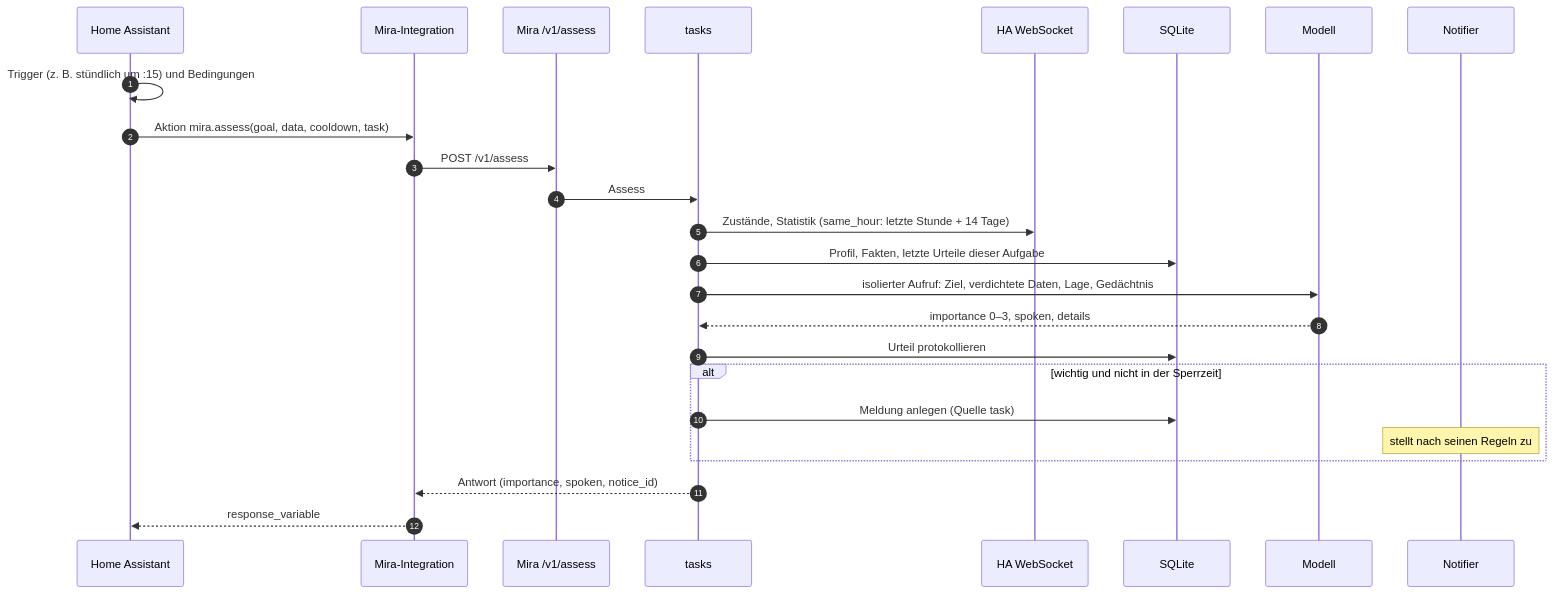
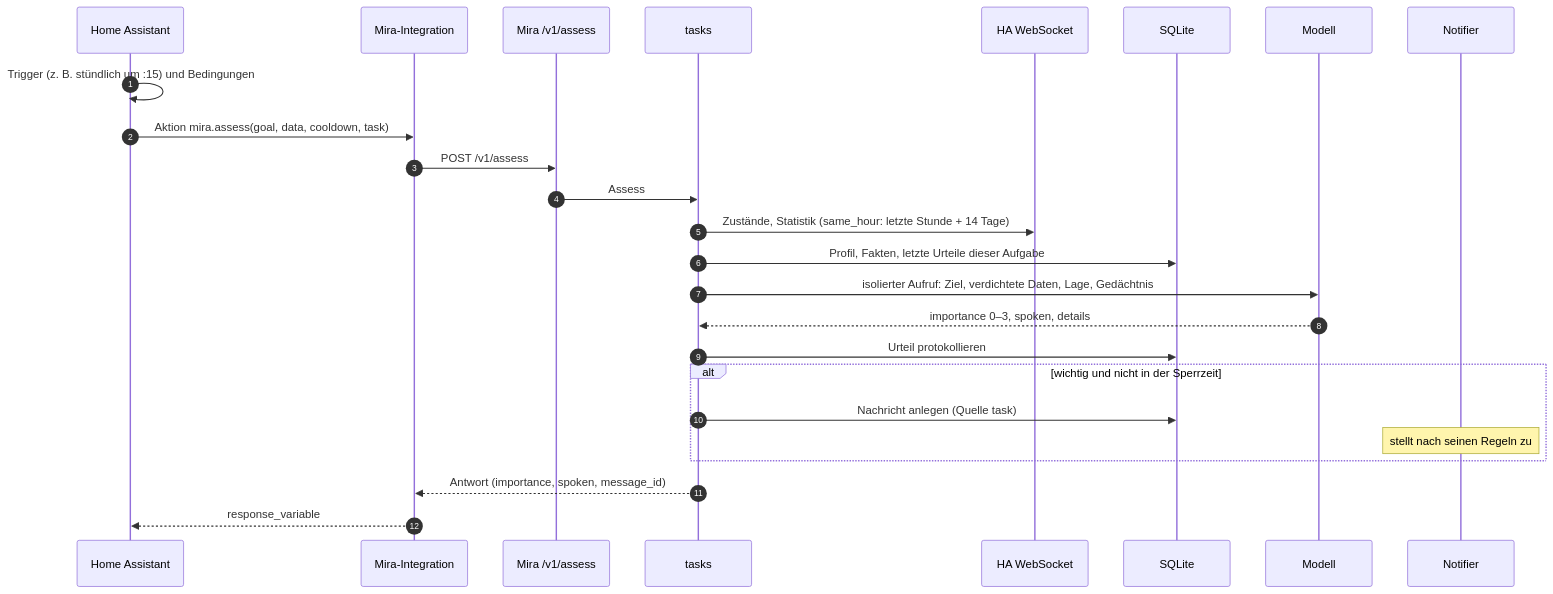
The fourth of 6 diagrams in docs/system.md (miraassist/mira), drawn with Mermaid before and after one commit. The commit also changed other lines of this file and 77 other files, not shown here.

````diff
--- a/docs/system.md
+++ b/docs/system.md
@@ -206,28 +206,28 @@
 ```mermaid
 sequenceDiagram
     autonumber
     participant HA as Home Assistant
     participant I as Mira-Integration
     participant A as Mira /v1/assess
     participant T as tasks
     participant WS as HA WebSocket
     participant DB as SQLite
     participant M as Modell
     participant N as Notifier
 
     HA->>HA: Trigger (z. B. stündlich um :15) und Bedingungen
     HA->>I: Aktion mira.assess(goal, data, cooldown, task)
     I->>A: POST /v1/assess
     A->>T: Assess
     T->>WS: Zustände, Statistik (same_hour: letzte Stunde + 14 Tage)
     T->>DB: Profil, Fakten, letzte Urteile dieser Aufgabe
     T->>M: isolierter Aufruf: Ziel, verdichtete Daten, Lage, Gedächtnis
     M-->>T: importance 0–3, spoken, details
     T->>DB: Urteil protokollieren
     alt wichtig und nicht in der Sperrzeit
-        T->>DB: Meldung anlegen (Quelle task)
+        T->>DB: Nachricht anlegen (Quelle task)
         Note over N: stellt nach seinen Regeln zu
     end
-    T-->>I: Antwort (importance, spoken, notice_id)
+    T-->>I: Antwort (importance, spoken, message_id)
     I-->>HA: response_variable
 ```
````
